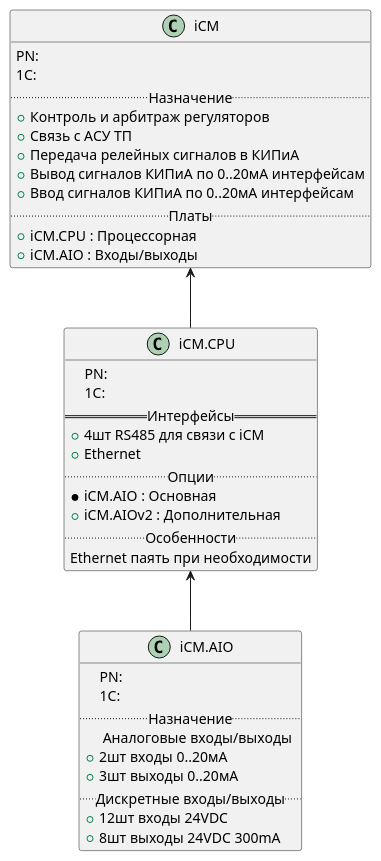
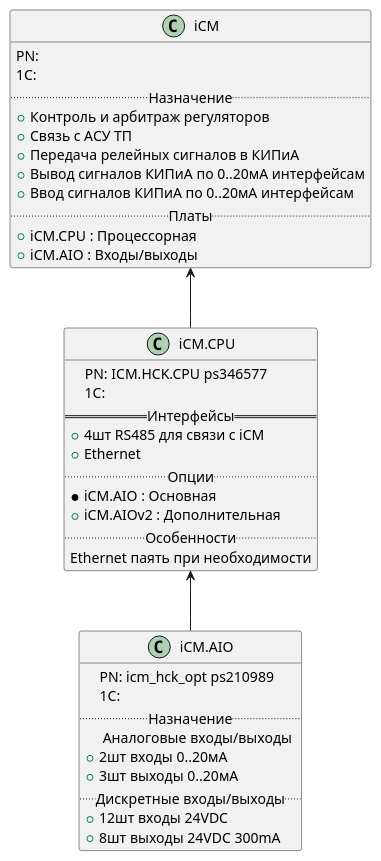
The diagram in iCM.puml (GerasimGerasimov/UML_brics), drawn with PlantUML before and after one commit.

```diff
--- a/iCM.puml
+++ b/iCM.puml
@@ -1,47 +1,47 @@
 @startuml
 skinparam maxMessageSize 100
 skinparam packageStyle rectangle
 set namespaceSeparator none
 
 class iCM {
 PN:
 1С:
 .. Назначение ..
 + Контроль и арбитраж регуляторов
 + Связь с АСУ ТП
 + Передача релейных сигналов в КИПиА
 + Вывод сигналов КИПиА по 0..20мА интерфейсам
 + Ввод сигналов КИПиА по 0..20мА интерфейсам
 .. Платы ..
 + iCM.CPU : Процессорная
 + iCM.AIO : Входы/выходы
 } 
 
 class iCM.CPU{
-    PN:
+    PN: ICM.HCK.CPU ps346577
     1С:
 == Интерфейсы ==
 + 4шт RS485 для связи с iCM
 + Ethernet
 .. Опции ..
 * iCM.AIO : Основная
 + iCM.AIOv2 : Дополнительная
 .. Особенности ..
 Ethernet паять при необходимости
 } 
 
 class iCM.AIO {
-    PN:
+    PN: icm_hck_opt ps210989
     1С:
 .. Назначение ..
 .. Аналоговые входы/выходы .. 
 + 2шт входы 0..20мА
 + 3шт выходы 0..20мА
 .. Дискретные входы/выходы ..
 + 12шт входы 24VDC
 + 8шт выходы 24VDC 300mA
 } 
 
 iCM <-- iCM.CPU
 iCM.CPU <-- iCM.AIO
 @enduml
```
